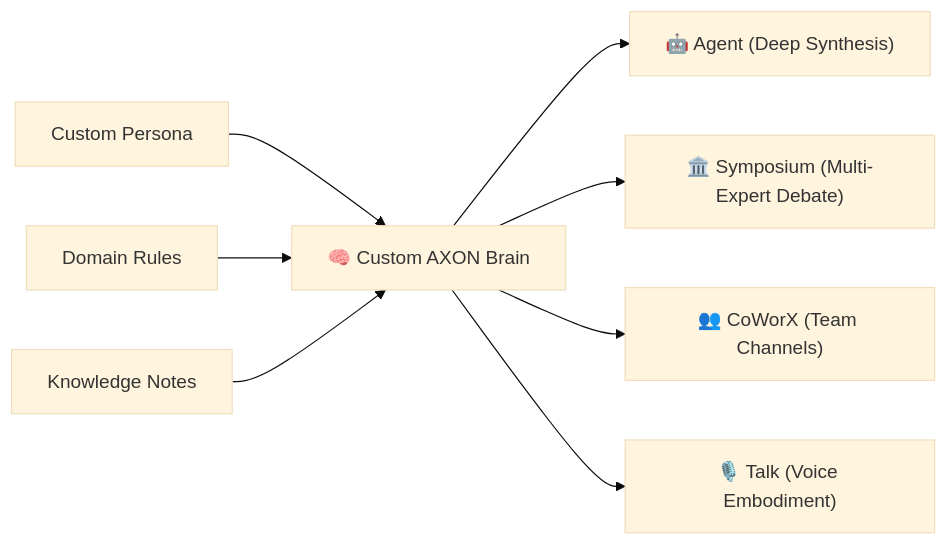
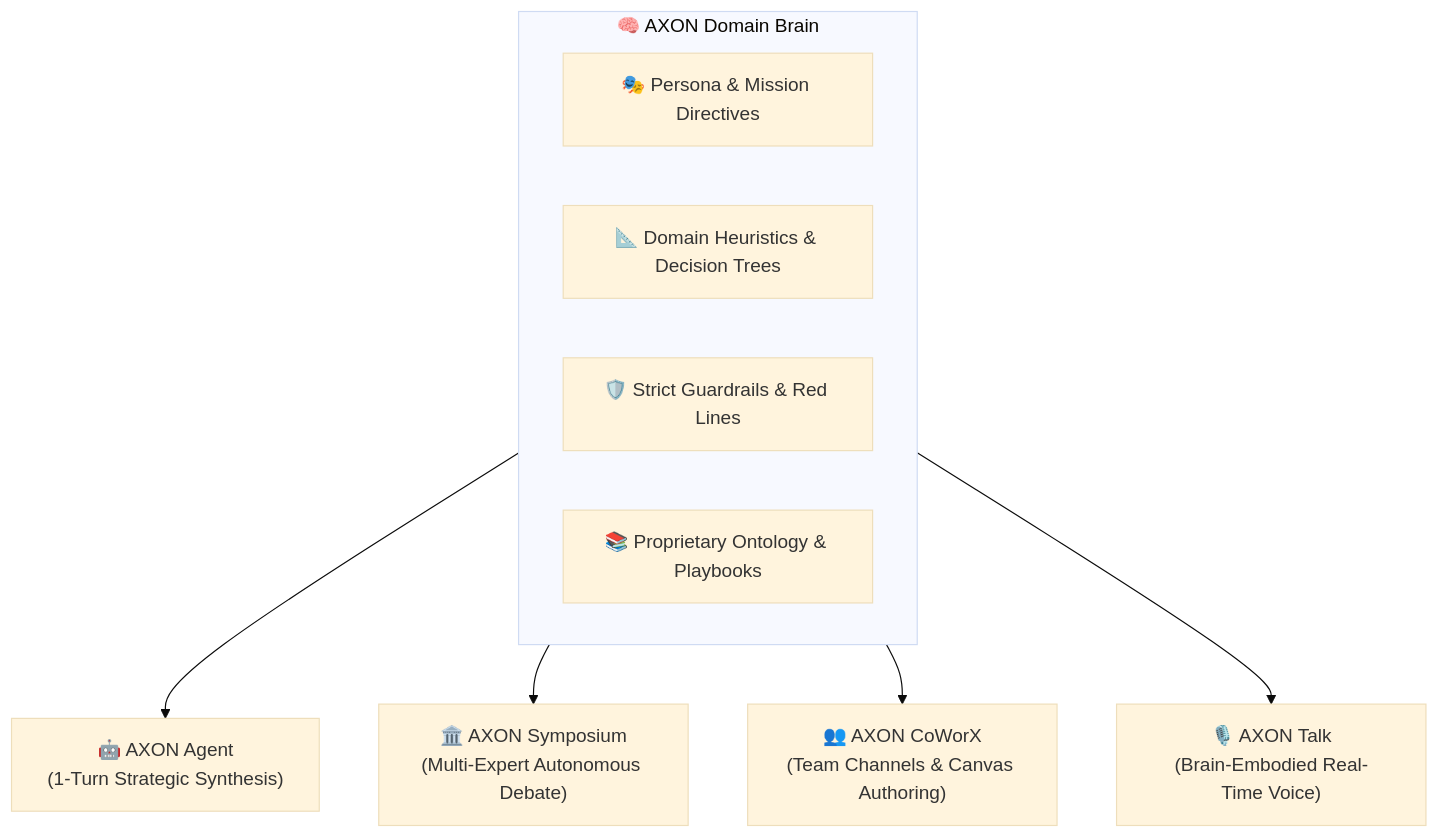
One commit to gosutox/gosutox-docs changed the diagram in brains/overview.mdx. Above: the diagram before and after it, drawn with Mermaid (base theme). The commit also changed other lines of this file, not shown here.

Commit message:
docs(brains): elevate brains studio overview with 6 cognitive axes, 4-app ecosystem synergy, and multi-scope governance

````diff
--- a/brains/overview.mdx
+++ b/brains/overview.mdx
@@ -13,8 +12,14 @@
 ```mermaid
-flowchart LR
-    A["Custom Persona"] & B["Domain Rules"] & C["Knowledge Notes"] --> Brain["🧠 Custom AXON Brain"]
-    Brain --> D["🤖 Agent (Deep Synthesis)"]
-    Brain --> E["🏛️ Symposium (Multi-Expert Debate)"]
-    Brain --> F["👥 CoWorX (Team Channels)"]
-    Brain --> G["🎙️ Talk (Voice Embodiment)"]
+flowchart TD
+    subgraph Brain_Container ["🧠 AXON Domain Brain"]
+        P["🎭 Persona & Mission Directives"]
+        H["📐 Domain Heuristics & Decision Trees"]
+        G["🛡️ Strict Guardrails & Red Lines"]
+        O["📚 Proprietary Ontology & Playbooks"]
+    end
+
+    Brain_Container --> Agent["🤖 AXON Agent\n(1-Turn Strategic Synthesis)"]
+    Brain_Container --> Symposium["🏛️ AXON Symposium\n(Multi-Expert Autonomous Debate)"]
+    Brain_Container --> CoWorX["👥 AXON CoWorX\n(Team Channels & Canvas Authoring)"]
+    Brain_Container --> Talk["🎙️ AXON Talk\n(Brain-Embodied Real-Time Voice)"]
 ```
````
